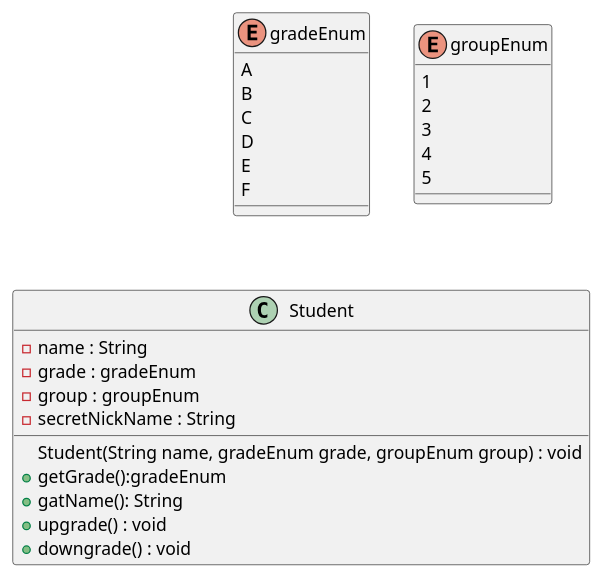
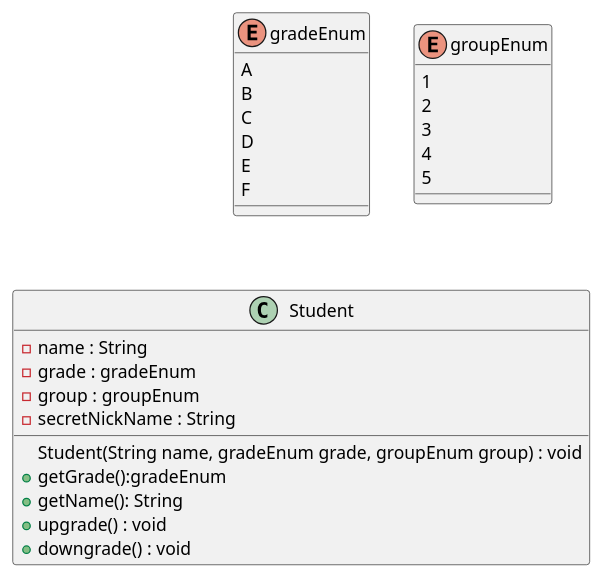
The diagram in Student.puml (MayaVs/StudentEncapsulation), drawn with PlantUML before and after one commit.

Commit message:
Fixed a typo

```diff
--- a/Student.puml
+++ b/Student.puml
@@ -1,33 +1,33 @@
 @startuml
 'https://plantuml.com/sequence-diagram
 enum gradeEnum{
  A
  B
  C
  D
  E
  F
 }
 enum groupEnum{
 1
 2
 3
 4
 5
 }
 
 class Student{
 - name : String
 - grade : gradeEnum
 - group : groupEnum
 - secretNickName : String
 Student(String name, gradeEnum grade, groupEnum group) : void
 + getGrade():gradeEnum
-+ gatName(): String
++ getName(): String
 + upgrade() : void
 + downgrade() : void
 
 
 }
 
 @enduml
```
